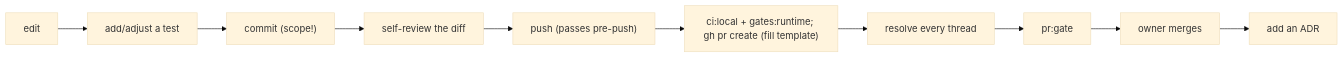
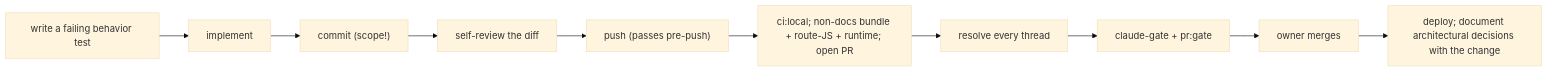
The diagram in docs/handbook/onboarding.md (erikunha/portfolio), drawn with Mermaid (base theme) before and after one commit. The commit also changed other lines of this file and 10 other files, not shown here.

````diff
--- a/docs/handbook/onboarding.md
+++ b/docs/handbook/onboarding.md
@@ -26,8 +26,8 @@
 ```mermaid
 flowchart LR
-    edit["edit"] --> tdd["add/adjust a test"] --> commit["commit (scope!)"]
+    tdd["write a failing behavior test"] --> edit["implement"] --> commit["commit (scope!)"]
     commit --> selfreview["self-review the diff"] --> push["push (passes pre-push)"]
-    push --> pr["ci:local + gates:runtime; gh pr create (fill template)"]
-    pr --> conv["resolve every thread"] --> ready["pr:gate"] --> owner["owner merges"]
-    owner --> adr["add an ADR"]
+    push --> pr["ci:local; non-docs bundle + route-JS + runtime; open PR"]
+    pr --> conv["resolve every thread"] --> ready["claude-gate + pr:gate"] --> owner["owner merges"]
+    owner --> deploy["deploy; document architectural decisions with the change"]
 ```
````
